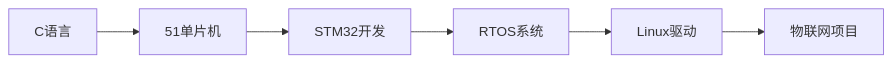
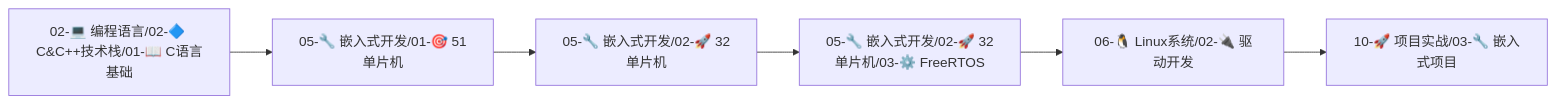
One commit to dakavin/DK-Note changed the third of 4 diagrams in README.md. Above: the diagram before and after it, drawn with Mermaid. The commit also changed other lines of this file and 7 other files, not shown here.

````diff
--- a/README.md
+++ b/README.md
@@ -122,9 +161,9 @@
 ```mermaid
 graph LR
-    A[C语言] --> B[51单片机]
-    B --> C[STM32开发]
-    C --> D[RTOS系统]
-    D --> E[Linux驱动]
-    E --> F[物联网项目]
+    A[02-💻 编程语言/02-🔷 C&C++技术栈/01-📖 C语言基础] --> B[05-🔧 嵌入式开发/01-🎯 51单片机]
+    B --> C[05-🔧 嵌入式开发/02-🚀 32单片机]
+    C --> D[05-🔧 嵌入式开发/02-🚀 32单片机/03-⚙️ FreeRTOS]
+    D --> E[06-🐧 Linux系统/02-🔌 驱动开发]
+    E --> F[10-🚀 项目实战/03-🔧 嵌入式项目]
 
 ```
````
